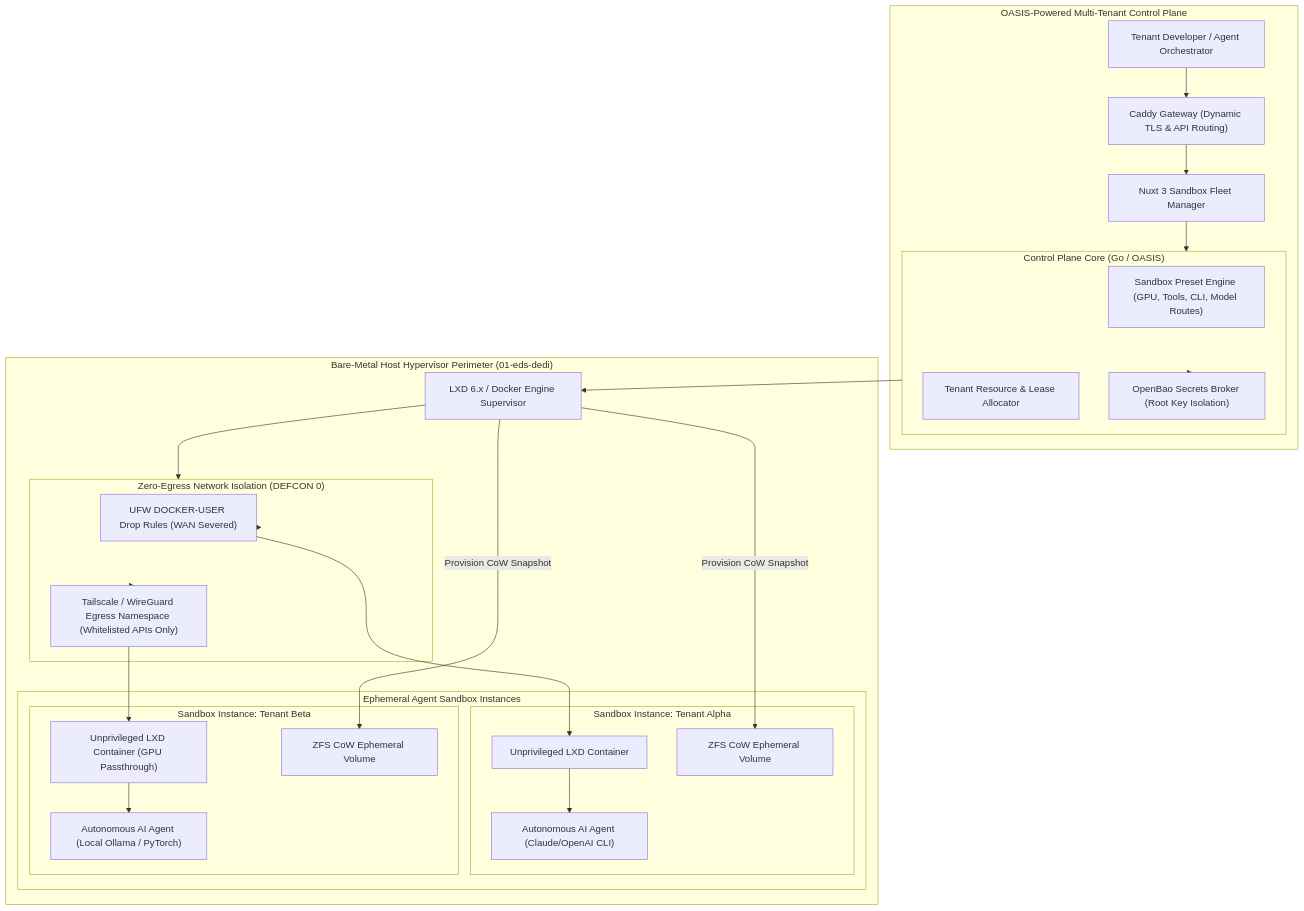
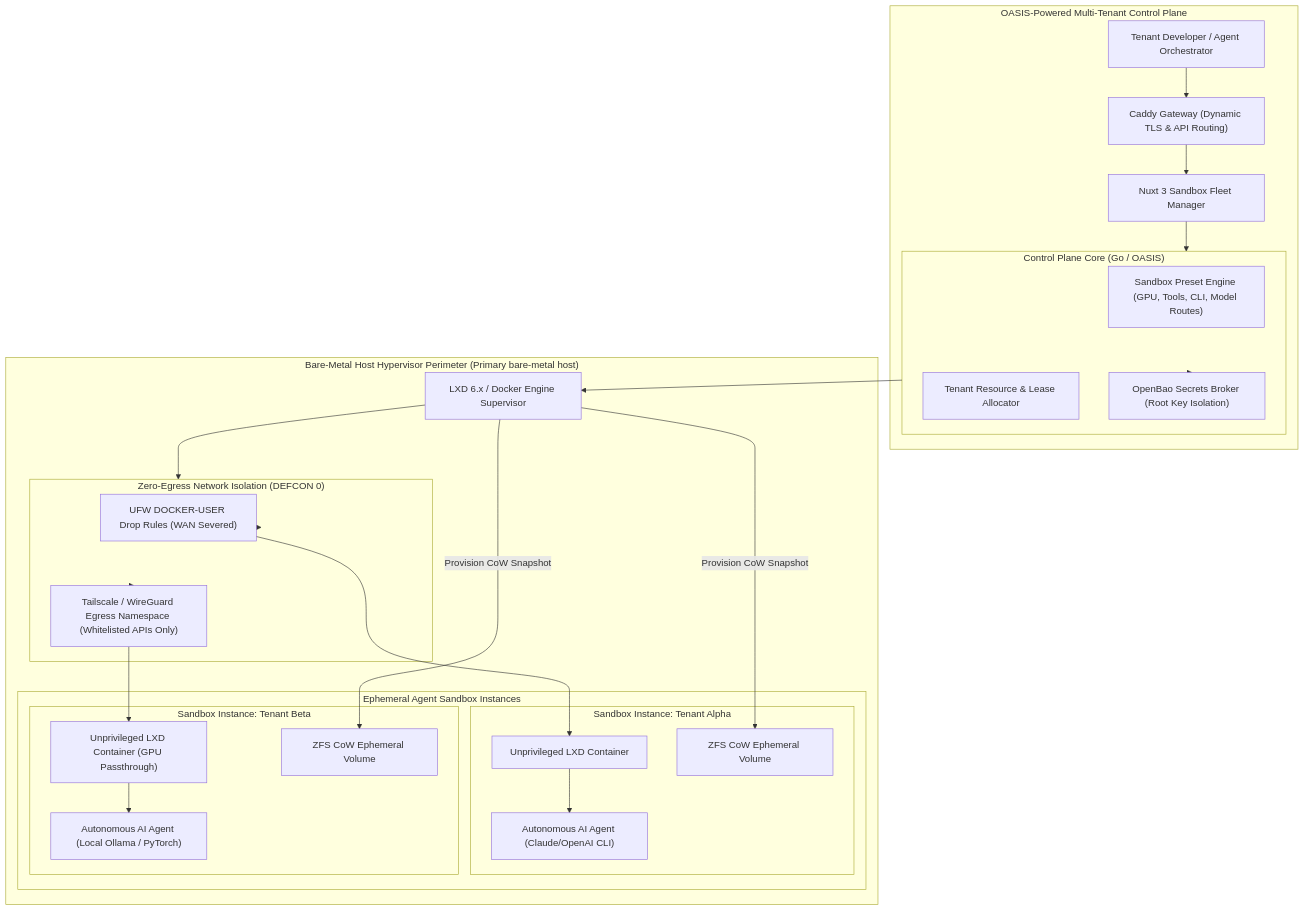
The first of 2 diagrams in projects/06-autonomous-ai-sandbox-control-plane/profile.md (unexcitement/public-portfolio), drawn with Mermaid before and after one commit. The commit also changed 15 other files, not shown here.

````diff
--- a/projects/06-autonomous-ai-sandbox-control-plane/profile.md
+++ b/projects/06-autonomous-ai-sandbox-control-plane/profile.md
@@ -14,54 +14,54 @@
 ```mermaid
 flowchart TB
     subgraph ControlPlanePerimeter["OASIS-Powered Multi-Tenant Control Plane"]
         Operator["Tenant Developer / Agent Orchestrator"]
         CaddyGateway["Caddy Gateway (Dynamic TLS & API Routing)"]
         NuxtConsole["Nuxt 3 Sandbox Fleet Manager"]
         
         subgraph APICore["Control Plane Core (Go / OASIS)"]
             PresetEngine["Sandbox Preset Engine (GPU, Tools, CLI, Model Routes)"]
             QuotaManager["Tenant Resource & Lease Allocator"]
             SecretsInjector["OpenBao Secrets Broker (Root Key Isolation)"]
         end
     end
 
-    subgraph HostHypervisor["Bare-Metal Host Hypervisor Perimeter (01-eds-dedi)"]
+    subgraph HostHypervisor["Bare-Metal Host Hypervisor Perimeter (Primary bare-metal host)"]
         DaemonManager["LXD 6.x / Docker Engine Supervisor"]
         
         subgraph NetworkIsolation["Zero-Egress Network Isolation (DEFCON 0)"]
             UFWPolicy["UFW DOCKER-USER Drop Rules (WAN Severed)"]
             EgressBridge["Tailscale / WireGuard Egress Namespace (Whitelisted APIs Only)"]
         end
 
         subgraph SandboxFleet["Ephemeral Agent Sandbox Instances"]
             subgraph Sandbox1["Sandbox Instance: Tenant Alpha"]
                 UnprivLXD1["Unprivileged LXD Container"]
                 AgentRuntime1["Autonomous AI Agent (Claude/OpenAI CLI)"]
                 ZFSStorage1["ZFS CoW Ephemeral Volume"]
             end
             
             subgraph Sandbox2["Sandbox Instance: Tenant Beta"]
                 UnprivLXD2["Unprivileged LXD Container (GPU Passthrough)"]
                 AgentRuntime2["Autonomous AI Agent (Local Ollama / PyTorch)"]
                 ZFSStorage2["ZFS CoW Ephemeral Volume"]
             end
         end
     end
 
     Operator --> CaddyGateway
     CaddyGateway --> NuxtConsole
     NuxtConsole --> APICore
     APICore --> SecretsInjector
     APICore --> DaemonManager
 
     DaemonManager --> NetworkIsolation
     NetworkIsolation --> UFWPolicy
     NetworkIsolation --> EgressBridge
 
     DaemonManager -->|Provision CoW Snapshot| ZFSStorage1
     DaemonManager -->|Provision CoW Snapshot| ZFSStorage2
     UFWPolicy --> UnprivLXD1
     EgressBridge --> UnprivLXD2
     UnprivLXD1 --> AgentRuntime1
     UnprivLXD2 --> AgentRuntime2
 ```
````
